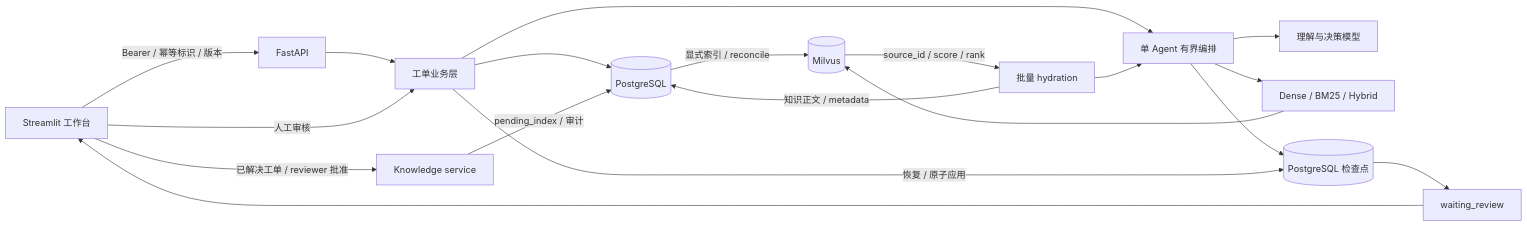
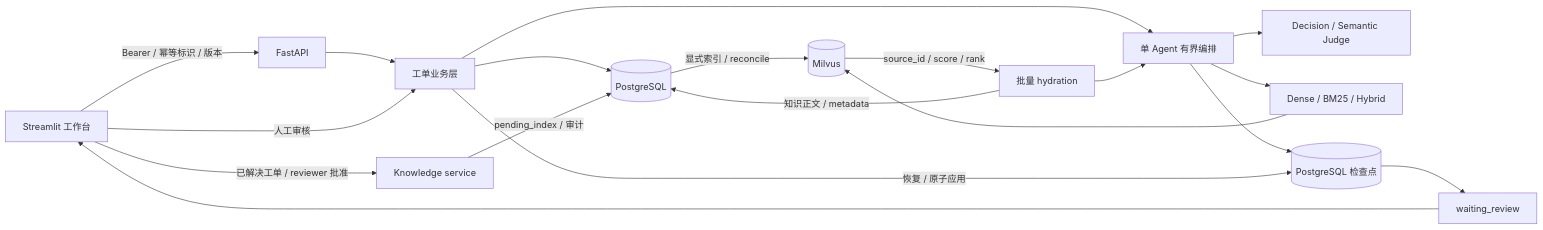
One commit to DeathKnight2539569991/Ticketmind changed the diagram in docs/architecture.md. Above: the diagram before and after it, drawn with Mermaid. The commit also changed other lines of this file, not shown here.

Commit message:
docs(architecture): document minimal agent input contract

````diff
--- a/docs/architecture.md
+++ b/docs/architecture.md
@@ -5,21 +5,21 @@
 ```mermaid
 flowchart LR
   UI[Streamlit 工作台] -->|Bearer / 幂等标识 / 版本| API[FastAPI]
   API --> B[工单业务层]
   B --> PG[(PostgreSQL)]
   B --> AG[单 Agent 有界编排]
-  AG --> M[理解与决策模型]
+  AG --> M[Decision / Semantic Judge]
   AG --> R[Dense / BM25 / Hybrid]
   R --> MV[(Milvus)]
   MV -->|source_id / score / rank| HY[批量 hydration]
   HY -->|知识正文 / metadata| PG
   HY --> AG
   AG --> CP[(PostgreSQL 检查点)]
   CP --> WAIT[waiting_review]
   WAIT --> UI
   UI -->|人工审核| B
   B -->|恢复 / 原子应用| CP
   UI -->|已解决工单 / reviewer 批准| K[Knowledge service]
   K -->|pending_index / 审计| PG
   PG -->|显式索引 / reconcile| MV
 ```
````
